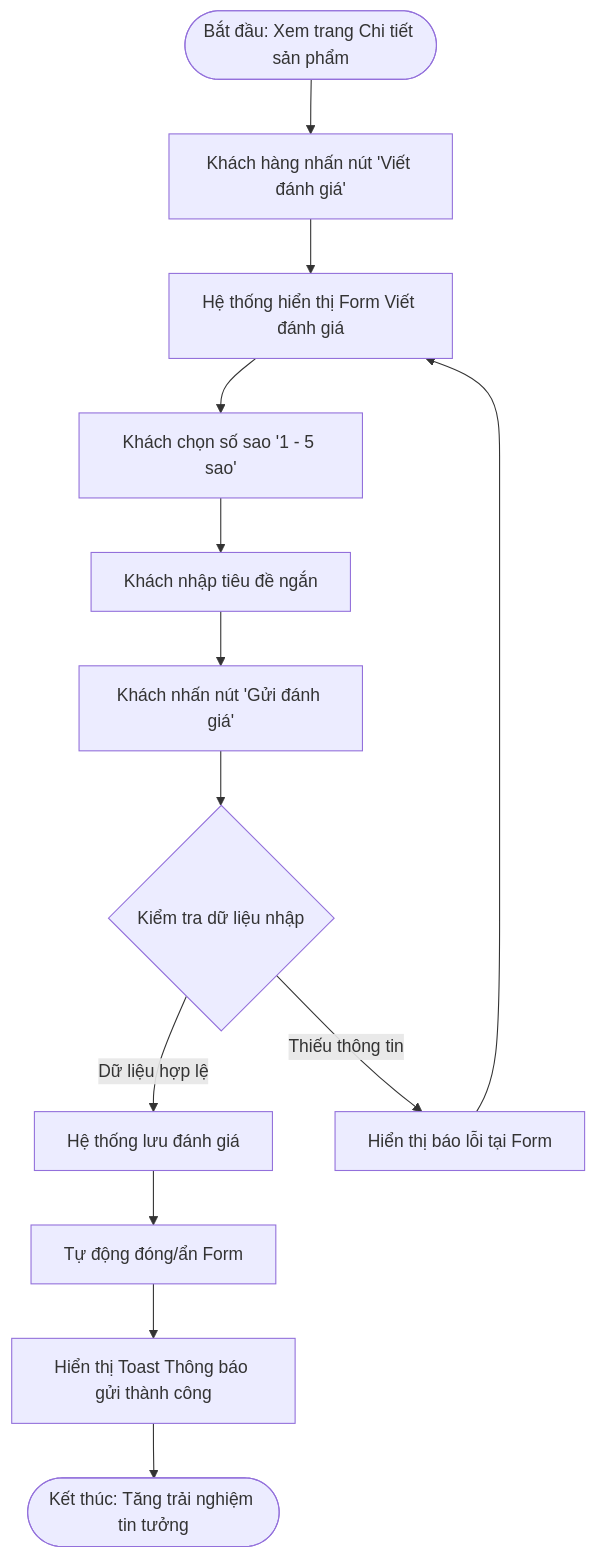
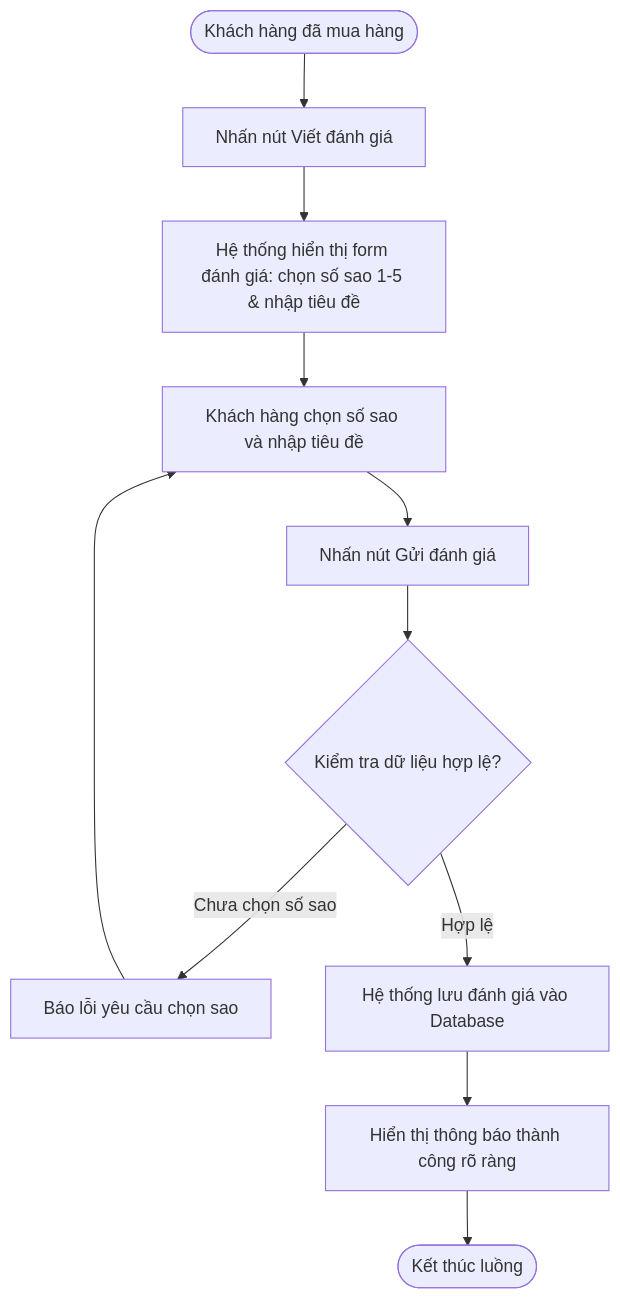
Before and after one commit to IT105-K25-Phan-tich-thi-t-k-h-th-ng/bt1ss14: the first of 2 diagrams in README.md, drawn with Mermaid. The commit also changed other lines of this file, not shown here.

Commit message:
update README with diagram, figma and report

````diff
--- a/README.md
+++ b/README.md
@@ -12,14 +15,12 @@
 ```mermaid
 graph TD
-  Start([Bắt đầu: Xem trang Chi tiết sản phẩm]) --> ClickBtn[Khách hàng nhấn nút 'Viết đánh giá']
-  ClickBtn --> OpenForm[Hệ thống hiển thị Form Viết đánh giá]
-  OpenForm --> SelectStar[Khách chọn số sao '1 - 5 sao']
-  SelectStar --> EnterTitle[Khách nhập tiêu đề ngắn]
-  EnterTitle --> ClickSubmit[Khách nhấn nút 'Gửi đánh giá']
-  ClickSubmit --> Validate{Kiểm tra dữ liệu nhập}
-  Validate -- Dữ liệu hợp lệ --> SaveData[Hệ thống lưu đánh giá]
-  Validate -- Thiếu thông tin --> ShowErr[Hiển thị báo lỗi tại Form] --> OpenForm
-  SaveData --> CloseForm[Tự động đóng/ẩn Form]
-  CloseForm --> ShowFeedback[Hiển thị Toast Thông báo gửi thành công]
-  ShowFeedback --> End([Kết thúc: Tăng trải nghiệm tin tưởng])
+  Start([Khách hàng đã mua hàng]) --> ClickBtn[Nhấn nút Viết đánh giá]
+  ClickBtn --> OpenForm[Hệ thống hiển thị form đánh giá: chọn số sao 1-5 & nhập tiêu đề]
+  OpenForm --> InputData[Khách hàng chọn số sao và nhập tiêu đề]
+  InputData --> ClickSubmit[Nhấn nút Gửi đánh giá]
+  ClickSubmit --> Validate{Kiểm tra dữ liệu hợp lệ?}
+  Validate -- Chưa chọn số sao --> ShowErr[Báo lỗi yêu cầu chọn sao] --> InputData
+  Validate -- Hợp lệ --> SaveData[Hệ thống lưu đánh giá vào Database]
+  SaveData --> ShowSuccess[Hiển thị thông báo thành công rõ ràng]
+  ShowSuccess --> End([Kết thúc luồng])
 ```
````
